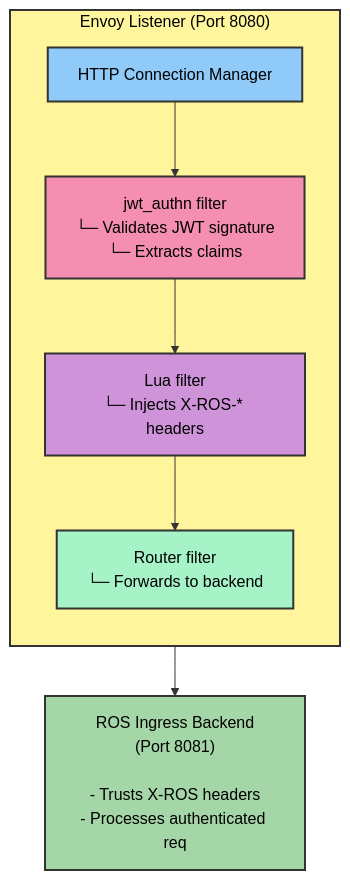
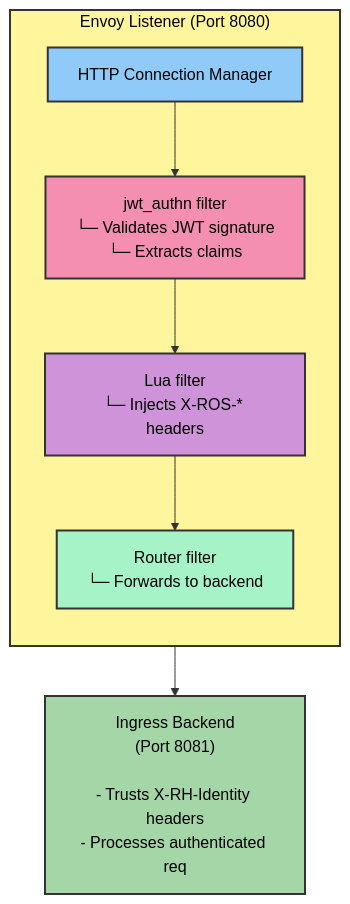
One commit to jordigilh/ros-helm-chart changed the first of 2 diagrams in docs/helm-templates-reference.md. Above: the diagram before and after it, drawn with Mermaid. The commit also changed other lines of this file and 43 other files, not shown here.

````diff
--- a/docs/helm-templates-reference.md
+++ b/docs/helm-templates-reference.md
@@ -85,25 +85,25 @@
 ```mermaid
 graph TB
     subgraph Envoy["Envoy Listener (Port 8080)"]
         direction TB
         HCM["HTTP Connection Manager"]
         JWT["jwt_authn filter<br/>└─ Validates JWT signature<br/>└─ Extracts claims"]
         Lua["Lua filter<br/>└─ Injects X-ROS-* headers"]
         Router["Router filter<br/>└─ Forwards to backend"]
 
         HCM --> JWT
         JWT --> Lua
         Lua --> Router
     end
 
-    Backend["ROS Ingress Backend<br/>(Port 8081)<br/><br/>- Trusts X-ROS headers<br/>- Processes authenticated req"]
+    Backend["Ingress Backend<br/>(Port 8081)<br/><br/>- Trusts X-RH-Identity headers<br/>- Processes authenticated req"]
 
     Router --> Backend
 
     style Envoy fill:#fff59d,stroke:#333,stroke-width:2px,color:#000
     style Backend fill:#a5d6a7,stroke:#333,stroke-width:2px,color:#000
     style HCM fill:#90caf9,stroke:#333,stroke-width:2px,color:#000
     style JWT fill:#f48fb1,stroke:#333,stroke-width:2px,color:#000
     style Lua fill:#ce93d8,stroke:#333,stroke-width:2px,color:#000
     style Router fill:#a5f3c7,stroke:#333,stroke-width:2px,color:#000
 ```
````
